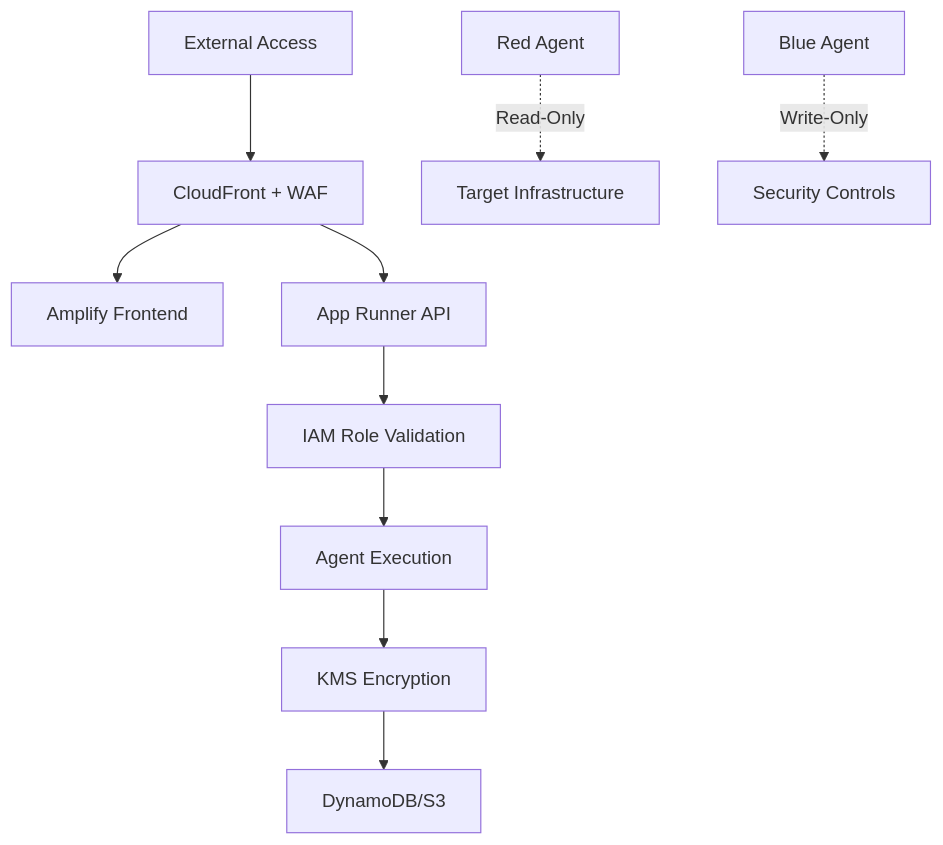
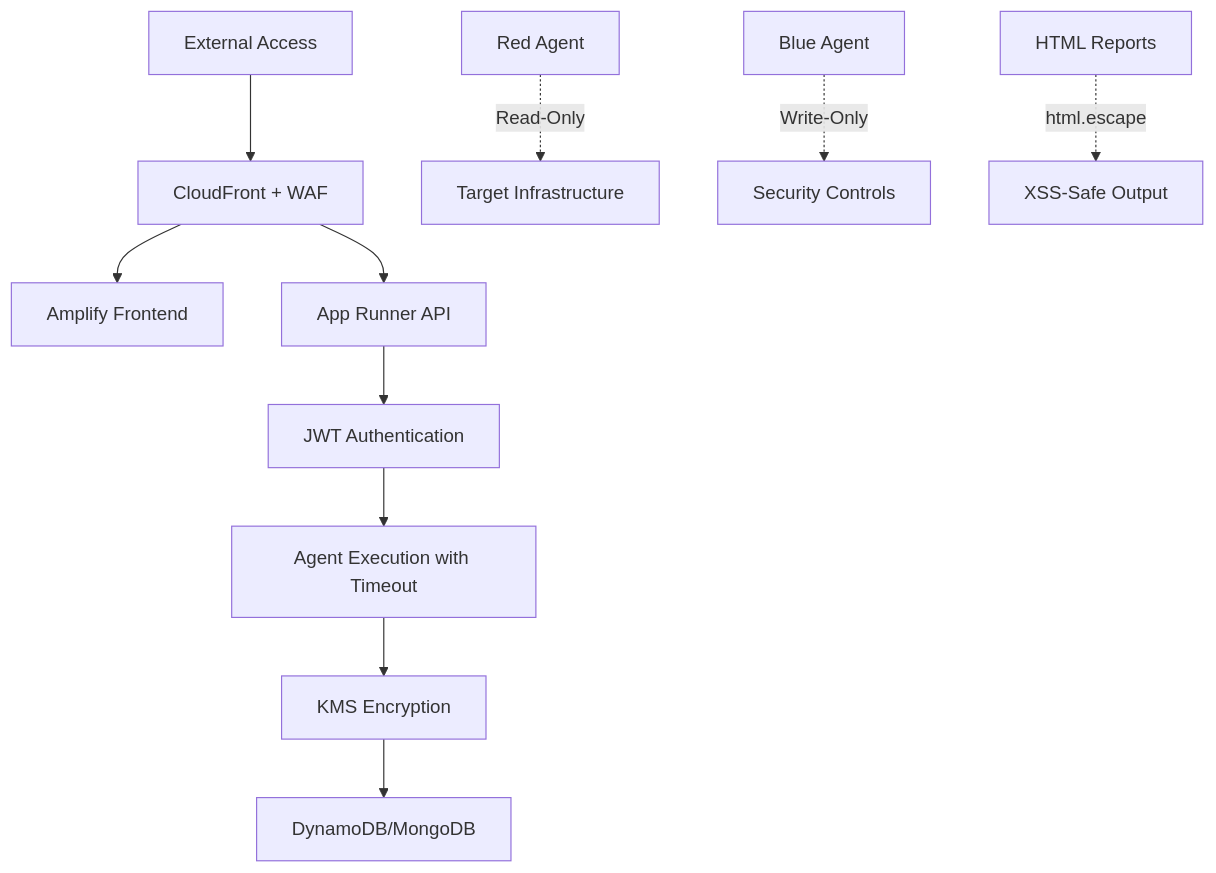
Before and after one commit to JoshiAbhishek866/Sentinal-AI: the fourth of 4 diagrams in design.md, drawn with Mermaid. The commit also changed other lines of this file and 337 other files, not shown here.

````diff
--- a/design.md
+++ b/design.md
@@ -602,13 +423,14 @@
 ```mermaid
 graph TD
     A[External Access] --> B[CloudFront + WAF]
     B --> C[Amplify Frontend]
     B --> D[App Runner API]
-    D --> E[IAM Role Validation]
-    E --> F[Agent Execution]
+    D --> E[JWT Authentication]
+    E --> F[Agent Execution with Timeout]
     F --> G[KMS Encryption]
-    G --> H[DynamoDB/S3]
+    G --> H[DynamoDB/MongoDB]
     
     I[Red Agent] -.->|Read-Only| J[Target Infrastructure]
     K[Blue Agent] -.->|Write-Only| L[Security Controls]
+    M[HTML Reports] -.->|html.escape| N[XSS-Safe Output]
 ```
````
